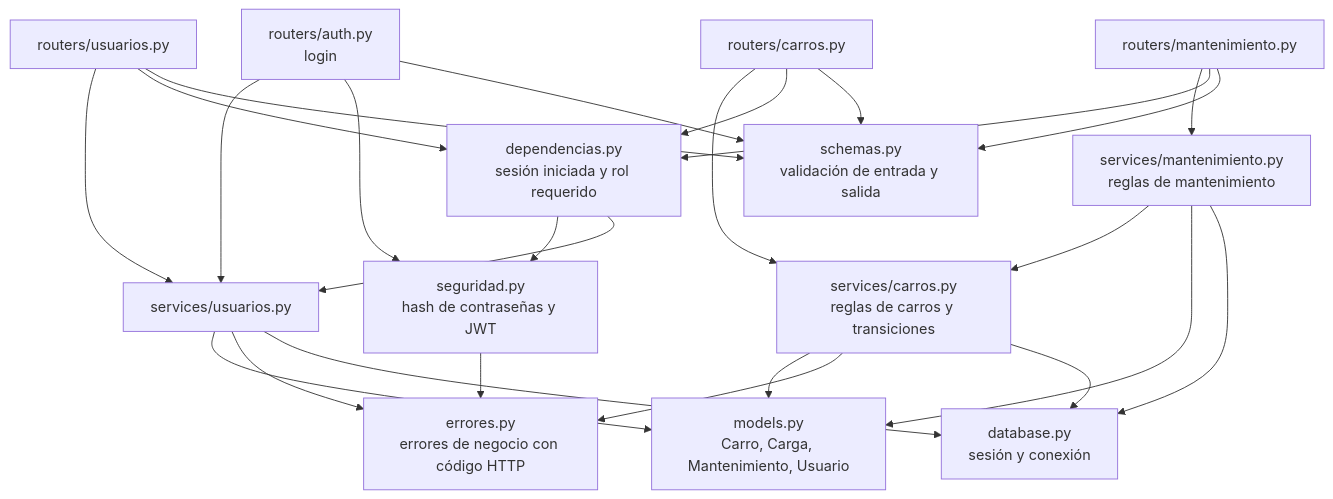
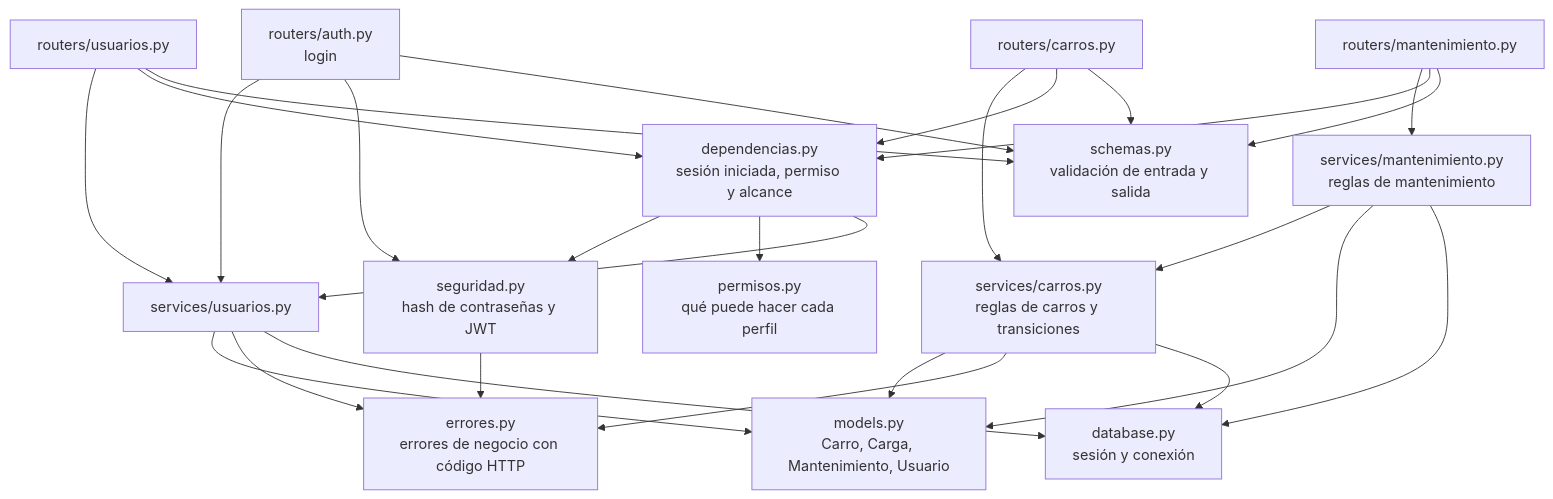
The third of 3 diagrams in docs/arquitectura.md (Jazzon001/Container-Tracking), drawn with Mermaid before and after one commit. The commit also changed other lines of this file and 4 other files, not shown here.

````diff
--- a/docs/arquitectura.md
+++ b/docs/arquitectura.md
@@ -47,41 +47,43 @@
 ```mermaid
 flowchart TB
     rauth["routers/auth.py<br/>login"]
     rusu["routers/usuarios.py"]
     rc["routers/carros.py"]
     rm["routers/mantenimiento.py"]
-    dep["dependencias.py<br/>sesión iniciada y rol requerido"]
+    dep["dependencias.py<br/>sesión iniciada, permiso y alcance"]
+    perm["permisos.py<br/>qué puede hacer cada perfil"]
     seg["seguridad.py<br/>hash de contraseñas y JWT"]
     su["services/usuarios.py"]
     sc["services/carros.py<br/>reglas de carros y transiciones"]
     sm["services/mantenimiento.py<br/>reglas de mantenimiento"]
     err["errores.py<br/>errores de negocio con código HTTP"]
     mod["models.py<br/>Carro, Carga, Mantenimiento, Usuario"]
     sch["schemas.py<br/>validación de entrada y salida"]
     db["database.py<br/>sesión y conexión"]
 
     rauth --> su
     rauth --> seg
     rusu --> su
     rc --> sc
     rm --> sm
     sm --> sc
     rusu --> dep
     rc --> dep
     rm --> dep
     dep --> seg
+    dep --> perm
     dep --> su
     su --> mod
     sc --> mod
     sm --> mod
     su --> err
     sc --> err
     seg --> err
     rc --> sch
     rm --> sch
     rauth --> sch
     rusu --> sch
     su --> db
     sc --> db
     sm --> db
 ```
````
